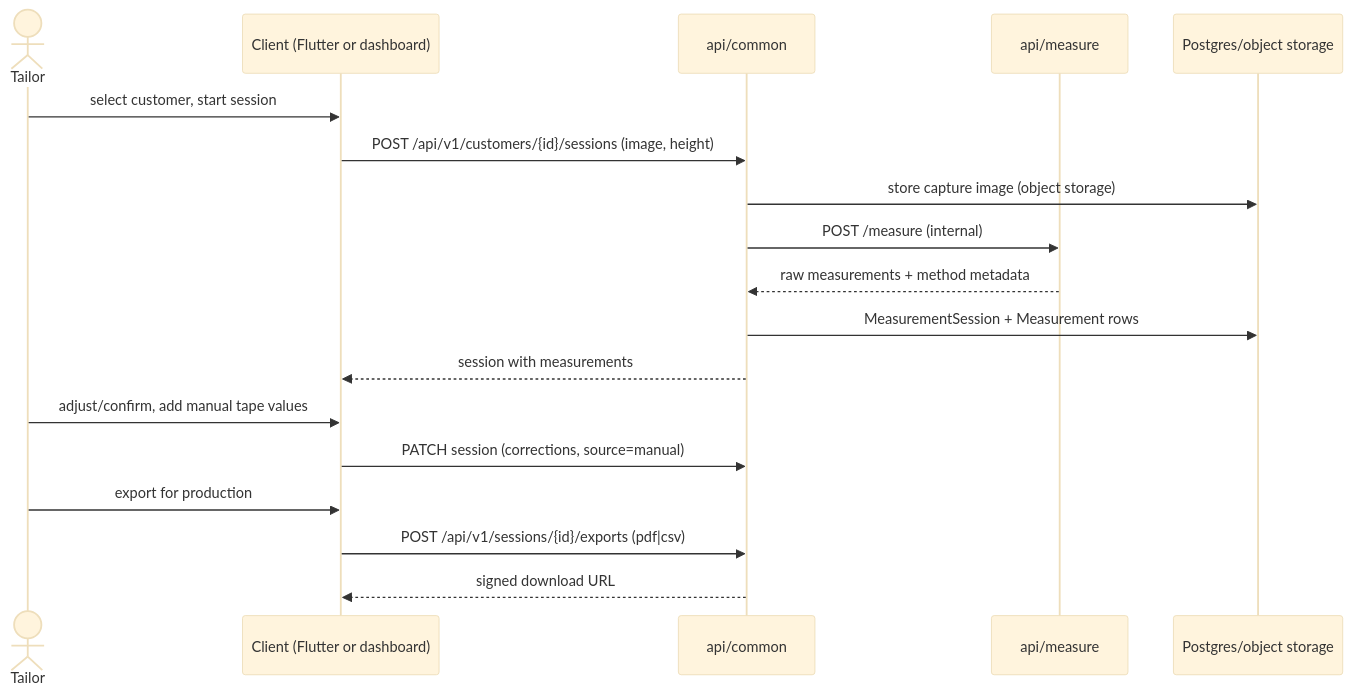
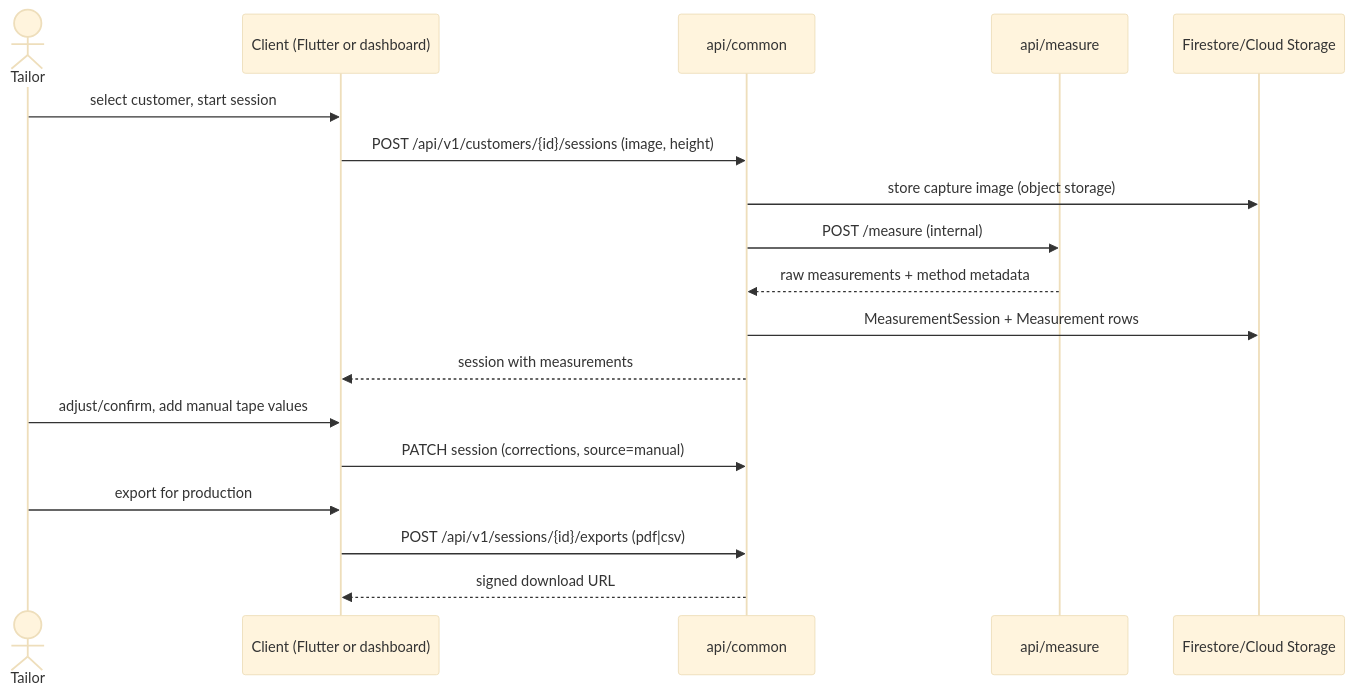
Before and after one commit to cuesoftinc/apparule: the sixth of 7 diagrams in docs/architecture.md, drawn with Mermaid (base theme). The commit also changed other lines of this file and 6 other files, not shown here.

````diff
--- a/docs/architecture.md
+++ b/docs/architecture.md
@@ -215,21 +216,21 @@
 ```mermaid
 sequenceDiagram
     actor T as Tailor
     participant F as Client (Flutter or dashboard)
     participant C as api/common
     participant M as api/measure
-    participant DB as Postgres/object storage
+    participant DB as Firestore/Cloud Storage
 
     T->>F: select customer, start session
     F->>C: POST /api/v1/customers/{id}/sessions (image, height)
     C->>DB: store capture image (object storage)
     C->>M: POST /measure (internal)
     M-->>C: raw measurements + method metadata
     C->>DB: MeasurementSession + Measurement rows
     C-->>F: session with measurements
     T->>F: adjust/confirm, add manual tape values
     F->>C: PATCH session (corrections, source=manual)
     T->>F: export for production
     F->>C: POST /api/v1/sessions/{id}/exports (pdf|csv)
     C-->>F: signed download URL
 ```
````
